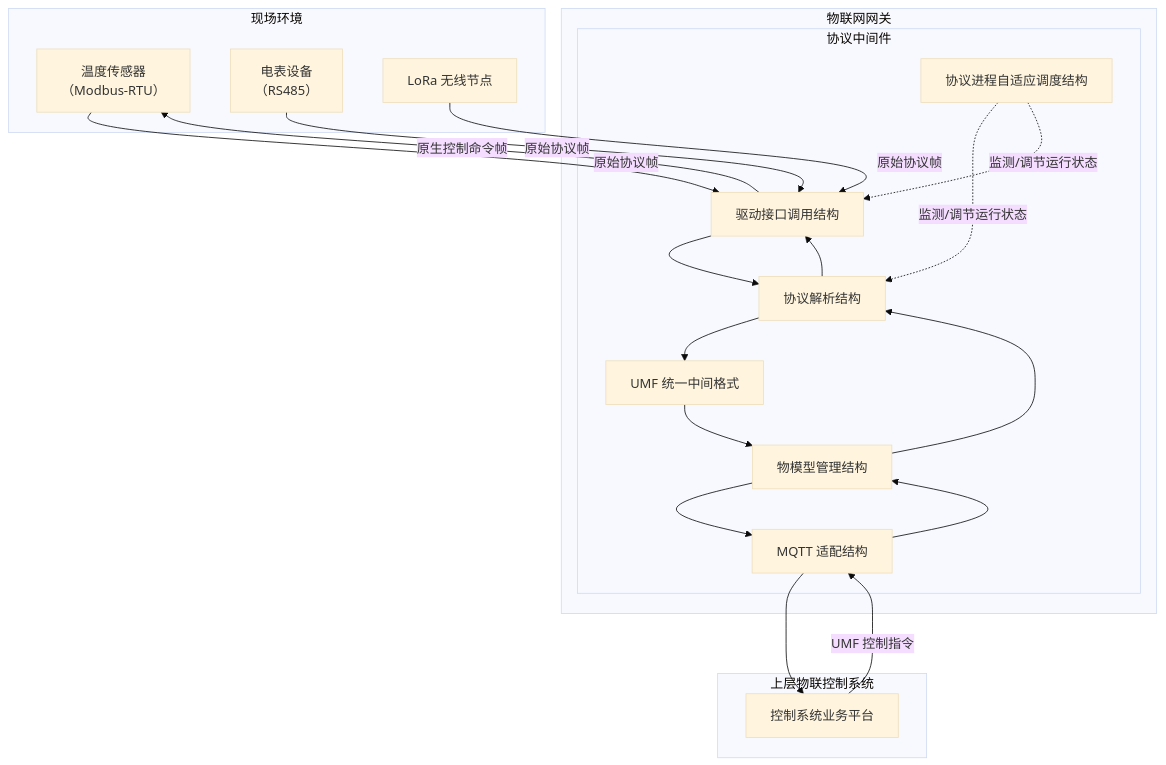
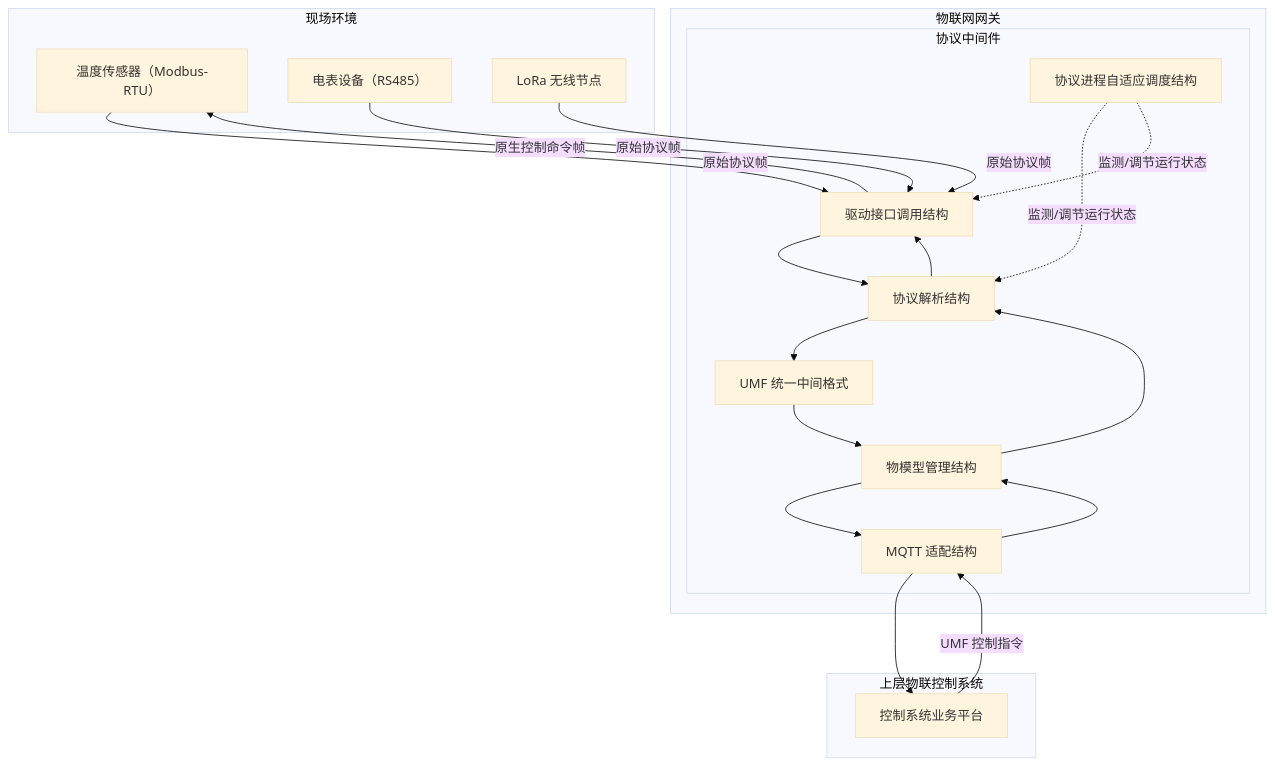
One commit to wenguo/iodraw-files changed the diagram in all/未命名-1.md. Above: the diagram before and after it, drawn with Mermaid (base theme).

Commit message:
2025-11-20 08:08:26 update

````diff
--- a/all/未命名-1.md
+++ b/all/未命名-1.md
@@ -1,50 +1,50 @@
 ```mermaid
 graph TD
 
     %% --- 实际部署环境 ---
     subgraph SITE[现场环境]
-        DEV1[温度传感器\n（Modbus-RTU）]
-        DEV2[电表设备\n（RS485）]
+        DEV1[温度传感器（Modbus-RTU）]
+        DEV2[电表设备（RS485）]
         DEV3[LoRa 无线节点]
     end
 
     %% --- 网关设备 ---
     subgraph GW[物联网网关]
         subgraph MID[协议中间件]
             DIO[驱动接口调用结构]
             PARSE[协议解析结构]
             UMF[UMF 统一中间格式]
             MODEL[物模型管理结构]
             MQTT[MQTT 适配结构]
             PROC[协议进程自适应调度结构]
         end
     end
 
     %% --- 上层平台 ---
     subgraph CLOUD[上层物联控制系统]
         CTRL[控制系统业务平台]
     end
 
     %% --- 数据流 ---
     DEV1 -->|原始协议帧| DIO
     DEV2 -->|原始协议帧| DIO
     DEV3 -->|原始协议帧| DIO
 
     DIO --> PARSE
     PARSE --> UMF
     UMF --> MODEL
     MODEL --> MQTT
     MQTT --> CTRL
 
     %% --- 控制指令返回 ---
     CTRL -->|UMF 控制指令| MQTT
     MQTT --> MODEL
     MODEL --> PARSE
     PARSE --> DIO
     DIO -->|原生控制命令帧| DEV1
 
     %% --- 调度控制 ---
     PROC -.监测/调节运行状态.-> PARSE
     PROC -.监测/调节运行状态.-> DIO
 
 ```
````
